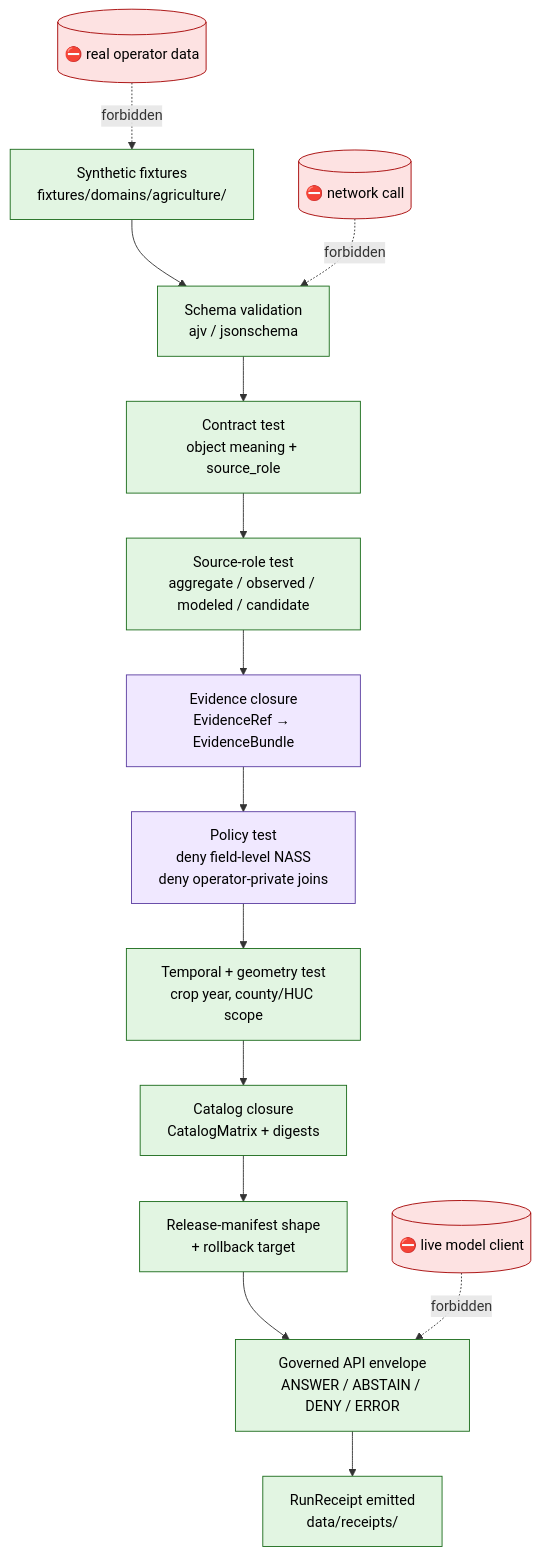
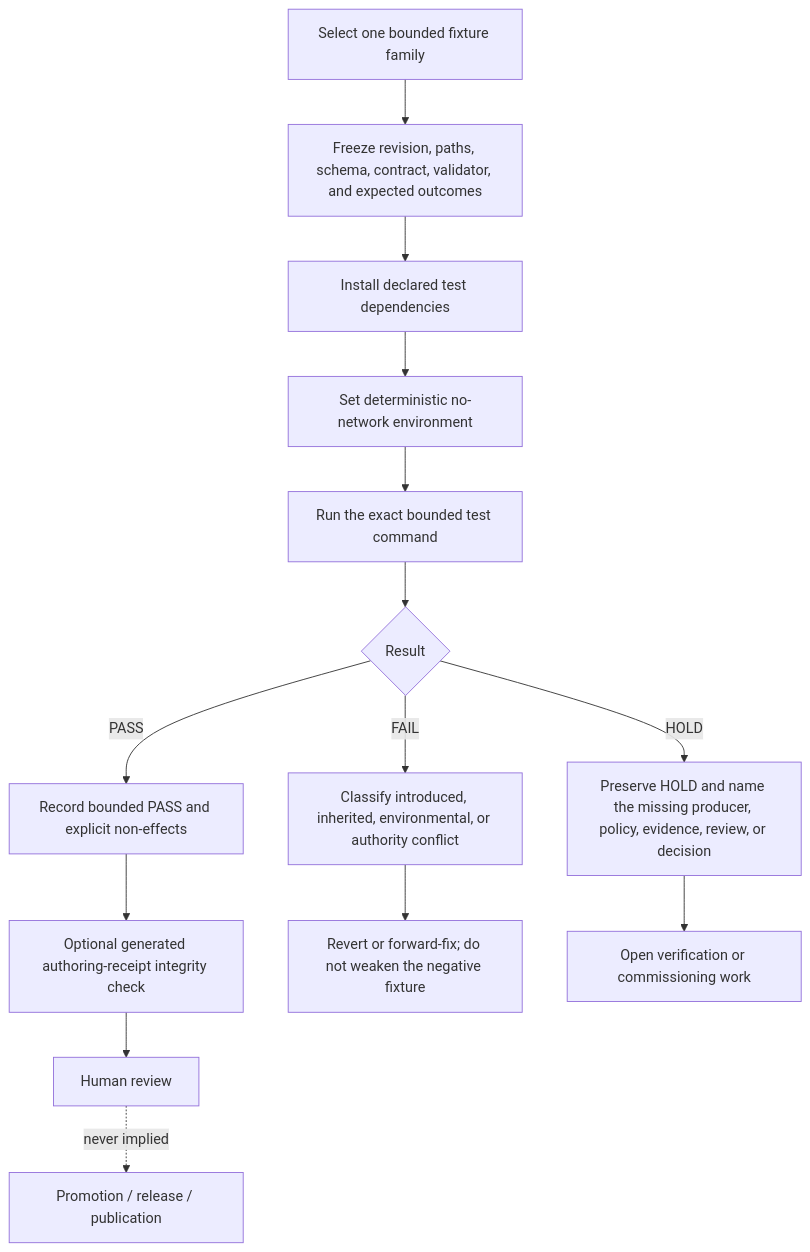
Before and after one commit to bartytime4life/Kansas-Frontier-Matrix: the diagram in docs/runbooks/agriculture/NO_NETWORK_TEST_RUNBOOK.md, drawn with Mermaid. The commit also changed other lines of this file, not shown here.

Commit message:
docs(agriculture): ground no-network runbook in repository evidence

````diff
--- a/docs/runbooks/agriculture/NO_NETWORK_TEST_RUNBOOK.md
+++ b/docs/runbooks/agriculture/NO_NETWORK_TEST_RUNBOOK.md
@@ -226,23 +261,16 @@
 ```mermaid
 flowchart TD
-  A["Synthetic fixtures<br/>fixtures/domains/agriculture/"] --> B["Schema validation<br/>ajv / jsonschema"]
-  B --> C["Contract test<br/>object meaning + source_role"]
-  C --> D["Source-role test<br/>aggregate / observed / modeled / candidate"]
-  D --> E["Evidence closure<br/>EvidenceRef → EvidenceBundle"]
-  E --> F["Policy test<br/>deny field-level NASS<br/>deny operator-private joins"]
-  F --> G["Temporal + geometry test<br/>crop year, county/HUC scope"]
-  G --> H["Catalog closure<br/>CatalogMatrix + digests"]
-  H --> I["Release-manifest shape<br/>+ rollback target"]
-  I --> J["Governed API envelope<br/>ANSWER / ABSTAIN / DENY / ERROR"]
-  J --> K["RunReceipt emitted<br/>data/receipts/"]
-
-  classDef stop fill:#fde2e2,stroke:#a40000,color:#000;
-  classDef pass fill:#e2f5e2,stroke:#1a6b1a,color:#000;
-  classDef trust fill:#f0e8ff,stroke:#5b3ea1,color:#000;
-  class A,B,C,D,G,H,I,J,K pass;
-  class E,F trust;
-
-  X1[("⛔ network call")]:::stop -.->|forbidden| B
-  X2[("⛔ real operator data")]:::stop -.->|forbidden| A
-  X3[("⛔ live model client")]:::stop -.->|forbidden| J
+    A["Select one bounded fixture family"] --> B["Freeze revision, paths, schema, contract, validator, and expected outcomes"]
+    B --> C["Install declared test dependencies"]
+    C --> D["Set deterministic no-network environment"]
+    D --> E["Run the exact bounded test command"]
+    E --> F{"Result"}
+    F -->|PASS| G["Record bounded PASS and explicit non-effects"]
+    F -->|FAIL| H["Classify introduced, inherited, environmental, or authority conflict"]
+    F -->|HOLD| I["Preserve HOLD and name the missing producer, policy, evidence, review, or decision"]
+    G --> J["Optional generated authoring-receipt integrity check"]
+    H --> K["Revert or forward-fix; do not weaken the negative fixture"]
+    I --> L["Open verification or commissioning work"]
+    J --> M["Human review"]
+    M -. never implied .-> N["Promotion / release / publication"]
 ```
````
